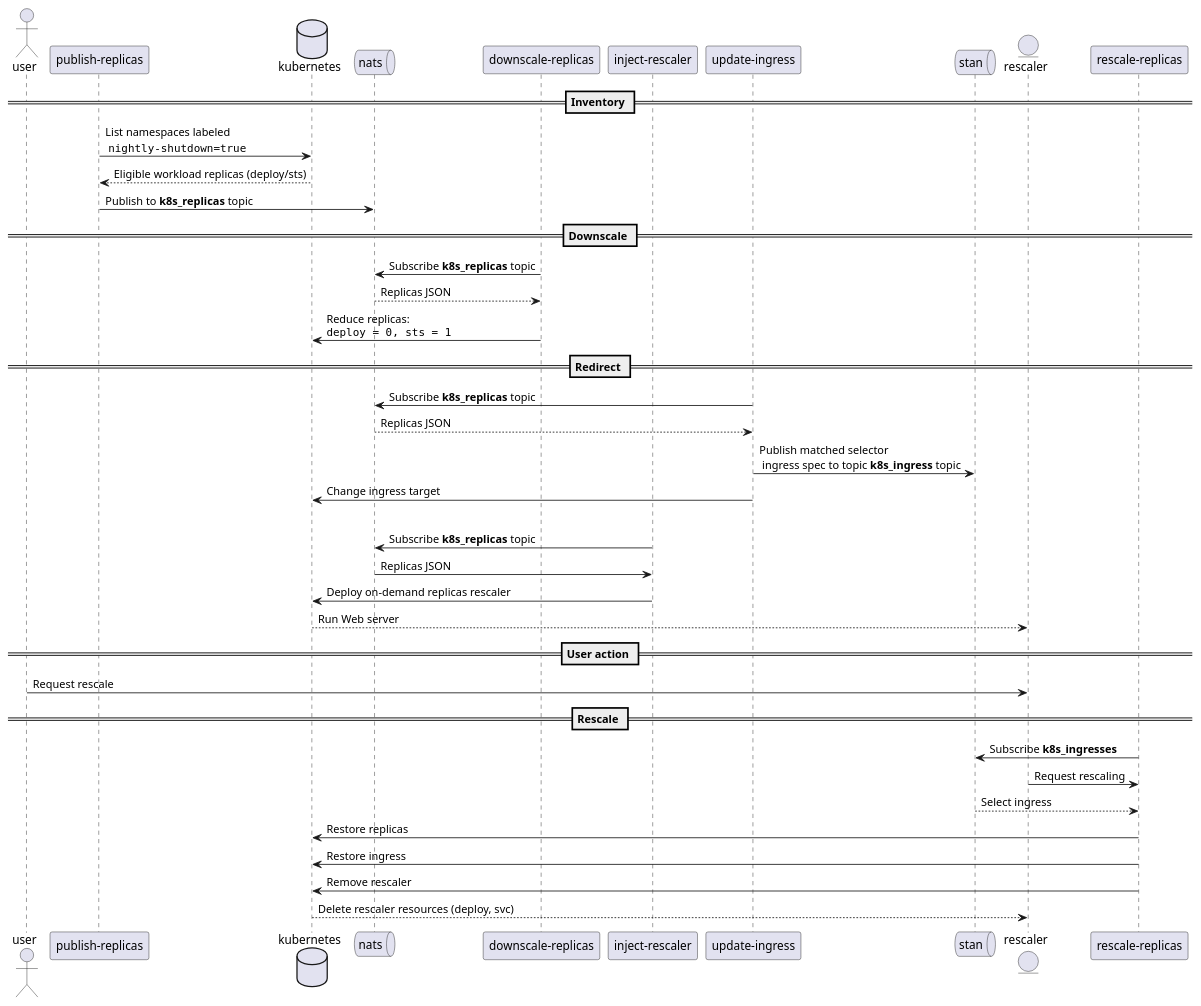
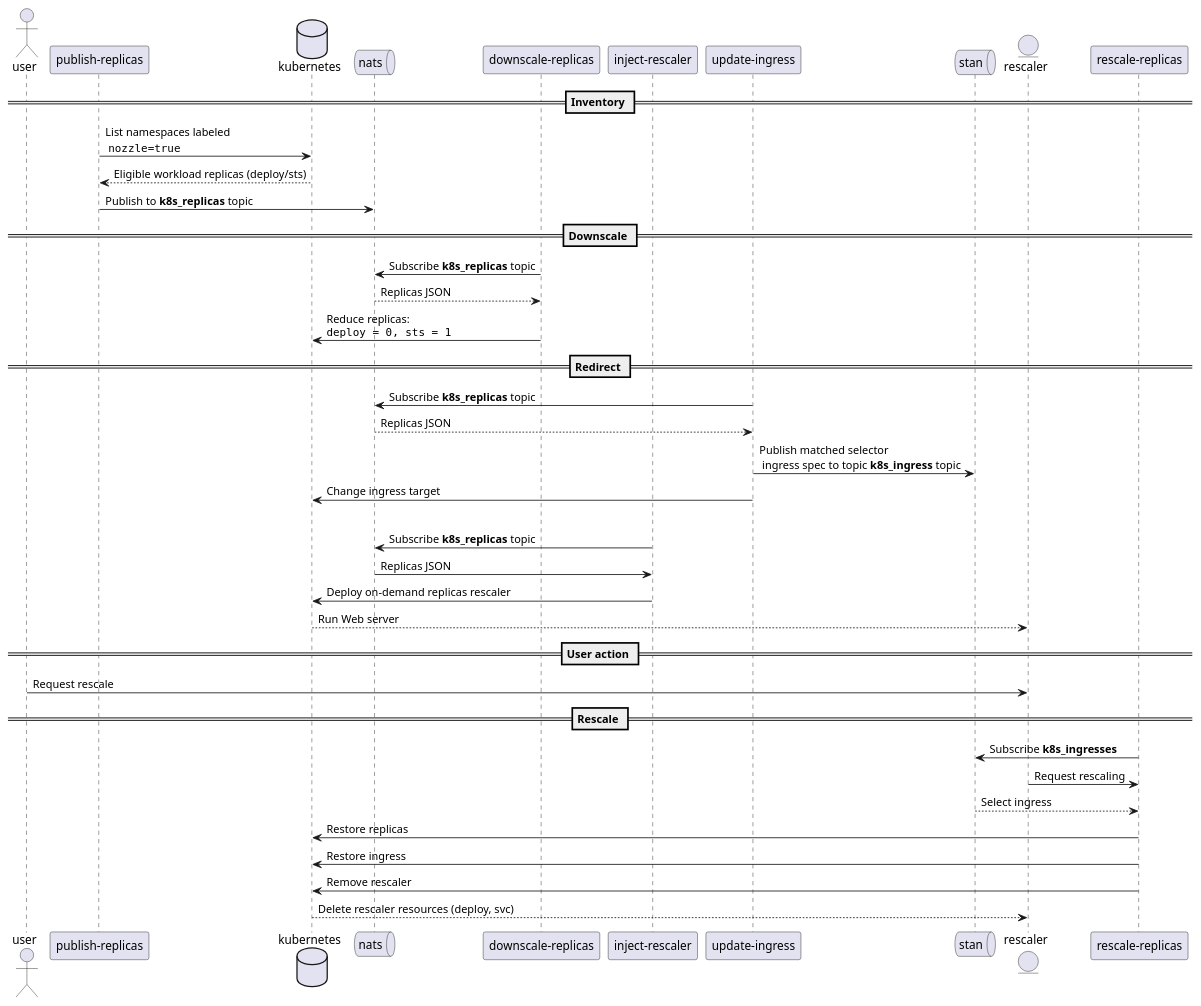
One commit to fjudith/nozzle changed the diagram in noozle.plantuml. Above: the diagram before and after it, drawn with PlantUML. The commit also changed 9 other files, not shown here.

Commit message:
Changed Label from nightly-shudown to nozzle

```diff
--- a/noozle.plantuml
+++ b/noozle.plantuml
@@ -1,45 +1,45 @@
 @startuml
 
 actor "user"
 participant "publish-replicas"
 database "kubernetes"
 queue "nats"
 participant "downscale-replicas"
 participant "inject-rescaler"
 participant "update-ingress"
 queue "stan"
 entity "rescaler"
 
 == Inventory ==
-"publish-replicas" -> "kubernetes" : List namespaces labeled \n ""nightly-shutdown=true""
+"publish-replicas" -> "kubernetes" : List namespaces labeled \n ""nozzle=true""
 "kubernetes" --> "publish-replicas" : Eligible workload replicas (deploy/sts)
 "publish-replicas" -> "nats": Publish to **k8s_replicas** topic
 
 == Downscale ==
 "downscale-replicas" -> "nats": Subscribe **k8s_replicas** topic
 "nats" --> "downscale-replicas": Replicas JSON
 "downscale-replicas" -> "kubernetes": Reduce replicas: \n""deploy = 0, sts = 1""
 
 == Redirect ==
 "update-ingress" -> "nats": Subscribe **k8s_replicas** topic
 "nats" --> "update-ingress": Replicas JSON
 "update-ingress" -> "stan": Publish matched selector \n ingress spec to topic **k8s_ingress** topic
 "update-ingress" -> "kubernetes": Change ingress target
 |||
 "inject-rescaler" -> "nats": Subscribe **k8s_replicas** topic
 "nats" -> "inject-rescaler": Replicas JSON
 "inject-rescaler" -> "kubernetes": Deploy on-demand replicas rescaler 
 "kubernetes" --> "rescaler": Run Web server
 
 == User action ==
 "user" -> "rescaler": Request rescale
 
 == Rescale ==
 "rescale-replicas" -> "stan": Subscribe **k8s_ingresses**
 "rescaler" -> "rescale-replicas": Request rescaling
 "stan" --> "rescale-replicas": Select ingress
 "rescale-replicas" -> "kubernetes": Restore replicas
 "rescale-replicas" -> "kubernetes": Restore ingress
 "rescale-replicas" -> "kubernetes": Remove rescaler
 "kubernetes" --> "rescaler": Delete rescaler resources (deploy, svc)
 @enduml
```
